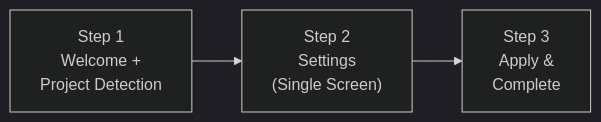
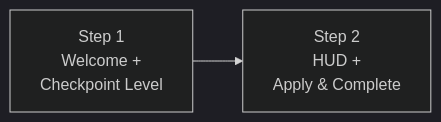
Before and after one commit to HosungYou/research-coordinator: the ninth of 12 diagrams in docs/SDD.md, drawn with Mermaid (dark theme). The commit also changed other lines of this file and 47 other files, not shown here.

````diff
--- a/docs/SDD.md
+++ b/docs/SDD.md
@@ -608,5 +608,4 @@
 ```mermaid
 flowchart LR
-    S1["Step 1<br/>Welcome +<br/>Project Detection"] --> S2["Step 2<br/>Settings<br/>(Single Screen)"]
-    S2 --> S3["Step 3<br/>Apply &<br/>Complete"]
+    S1["Step 1<br/>Welcome +<br/>Checkpoint Level"] --> S2["Step 2<br/>HUD +<br/>Apply & Complete"]
 ```
````
